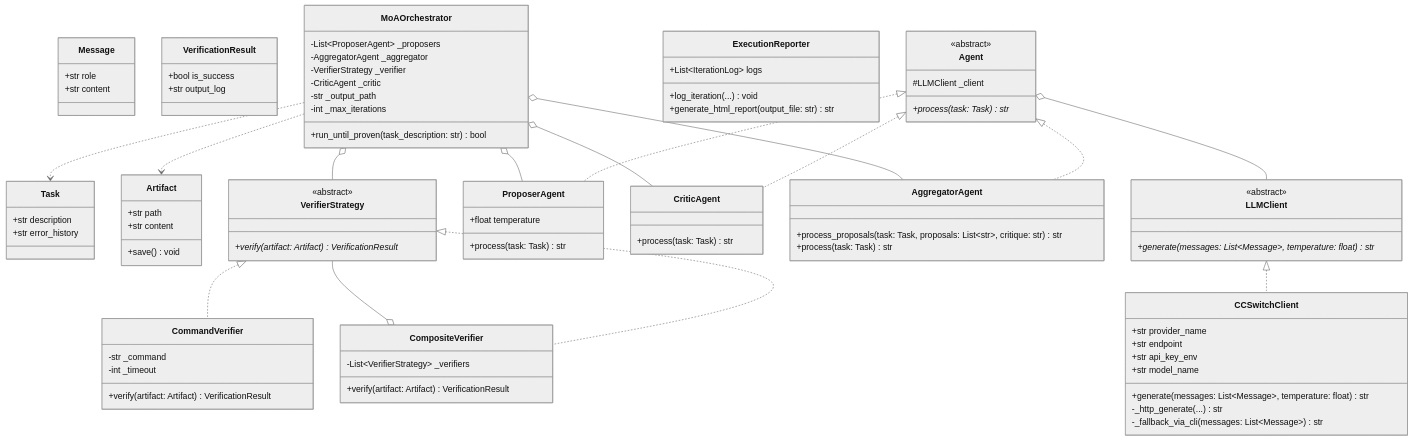
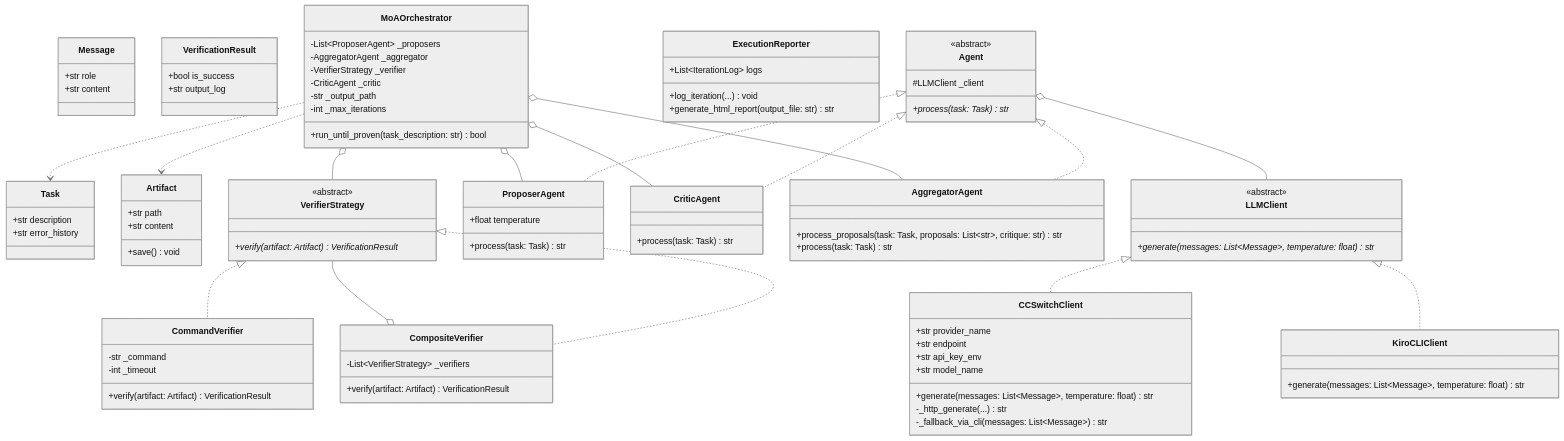
The diagram in README.md (NickScherbakov/moa-cc-switch), drawn with Mermaid (neutral theme) before and after one commit. The commit also changed other lines of this file and 10 other files, not shown here.

Commit message:
feat: implement KiroCLIClient in moa_engine.clients

```diff
--- a/README.md
+++ b/README.md
@@ -44,7 +100,11 @@
         -_http_generate(...) str
         -_fallback_via_cli(messages: List~Message~) str
     }
+    class KiroCLIClient {
+        +generate(messages: List~Message~, temperature: float) str
+    }
     LLMClient <|.. CCSwitchClient
+    LLMClient <|.. KiroCLIClient
 
     class Agent {
         <<abstract>>
```
